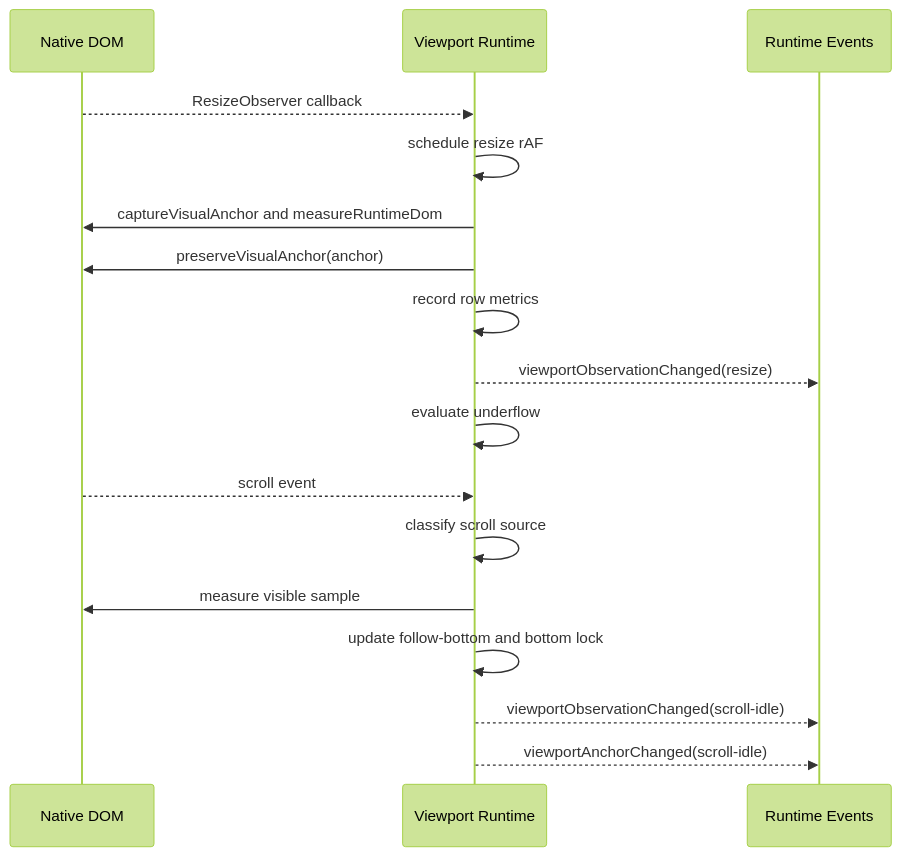
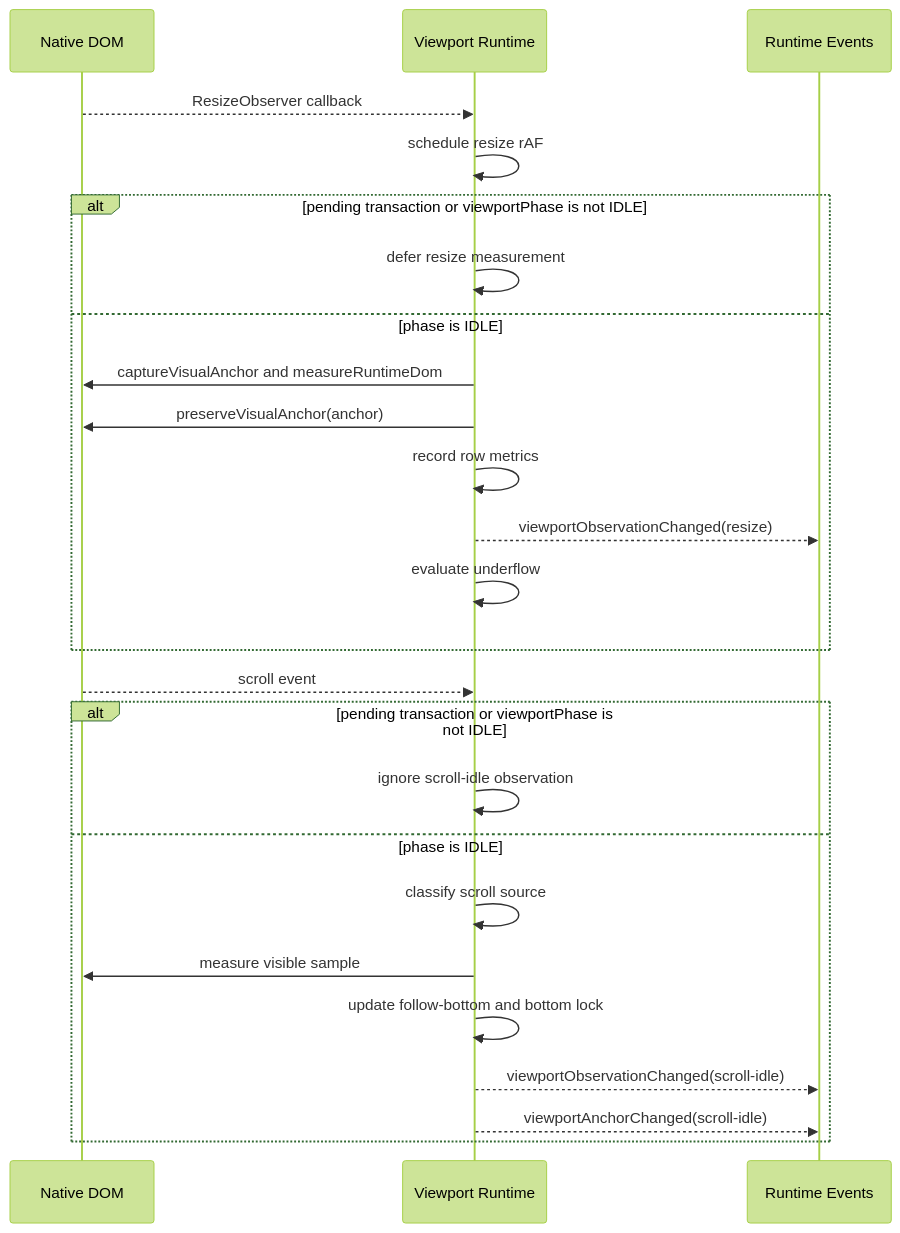
The third of 3 diagrams in docs/graph/runtime-transaction.md (LouisGo/XMessageList), drawn with Mermaid (forest theme) before and after one commit. The commit also changed other lines of this file and 42 other files, not shown here.

````diff
--- a/docs/graph/runtime-transaction.md
+++ b/docs/graph/runtime-transaction.md
@@ -99,21 +136,29 @@
 ```mermaid
 sequenceDiagram
   participant DOM as Native DOM
   participant Runtime as Viewport Runtime
   participant Events as Runtime Events
 
   DOM-->>Runtime: ResizeObserver callback
   Runtime->>Runtime: schedule resize rAF
-  Runtime->>DOM: captureVisualAnchor and measureRuntimeDom
-  Runtime->>DOM: preserveVisualAnchor(anchor)
-  Runtime->>Runtime: record row metrics
-  Runtime-->>Events: viewportObservationChanged(resize)
-  Runtime->>Runtime: evaluate underflow
+  alt pending transaction or viewportPhase is not IDLE
+    Runtime->>Runtime: defer resize measurement
+  else phase is IDLE
+    Runtime->>DOM: captureVisualAnchor and measureRuntimeDom
+    Runtime->>DOM: preserveVisualAnchor(anchor)
+    Runtime->>Runtime: record row metrics
+    Runtime-->>Events: viewportObservationChanged(resize)
+    Runtime->>Runtime: evaluate underflow
+  end
 
   DOM-->>Runtime: scroll event
-  Runtime->>Runtime: classify scroll source
-  Runtime->>DOM: measure visible sample
-  Runtime->>Runtime: update follow-bottom and bottom lock
-  Runtime-->>Events: viewportObservationChanged(scroll-idle)
-  Runtime-->>Events: viewportAnchorChanged(scroll-idle)
+  alt pending transaction or viewportPhase is not IDLE
+    Runtime->>Runtime: ignore scroll-idle observation
+  else phase is IDLE
+    Runtime->>Runtime: classify scroll source
+    Runtime->>DOM: measure visible sample
+    Runtime->>Runtime: update follow-bottom and bottom lock
+    Runtime-->>Events: viewportObservationChanged(scroll-idle)
+    Runtime-->>Events: viewportAnchorChanged(scroll-idle)
+  end
 ```
````
